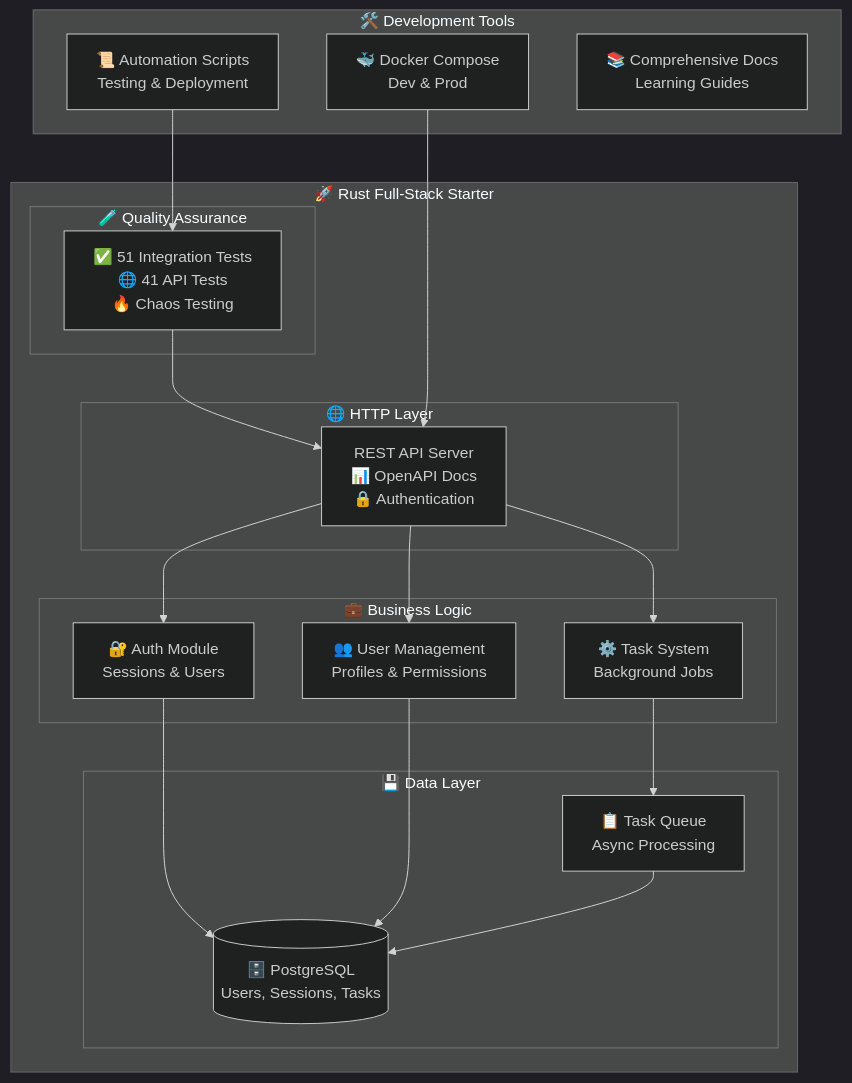
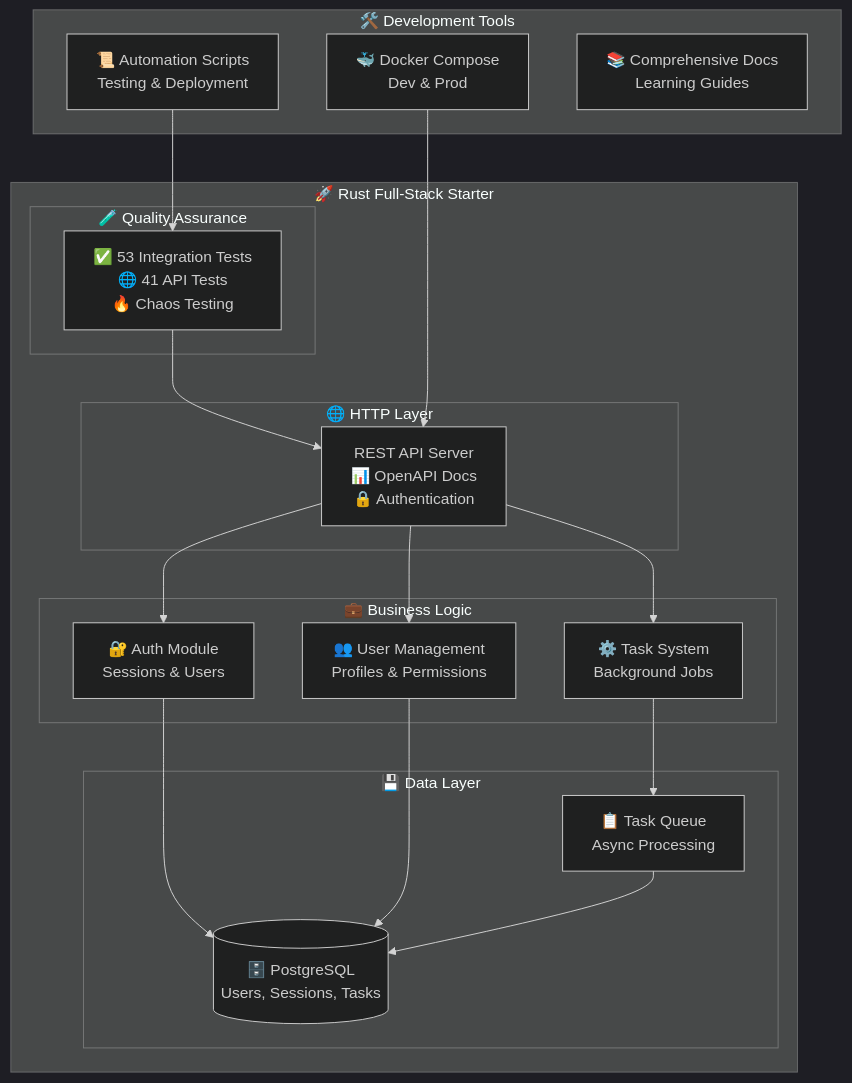
Before and after one commit to quanhua92/rust-fullstack-starter: the first of 2 diagrams in README.md, drawn with Mermaid (dark theme). The commit also changed other lines of this file and 9 other files, not shown here.

````diff
--- a/README.md
+++ b/README.md
@@ -53,41 +53,41 @@
 ```mermaid
 graph TB
     subgraph "🚀 Rust Full-Stack Starter"
         subgraph "🌐 HTTP Layer"
             API[REST API Server<br/>📊 OpenAPI Docs<br/>🔒 Authentication]
         end
         
         subgraph "💼 Business Logic"
             AUTH[🔐 Auth Module<br/>Sessions & Users]
             USERS[👥 User Management<br/>Profiles & Permissions]
             TASKS[⚙️ Task System<br/>Background Jobs]
         end
         
         subgraph "💾 Data Layer"
             DB[(🗄️ PostgreSQL<br/>Users, Sessions, Tasks)]
             QUEUE[📋 Task Queue<br/>Async Processing]
         end
         
         subgraph "🧪 Quality Assurance"
-            TESTS[✅ 51 Integration Tests<br/>🌐 41 API Tests<br/>🔥 Chaos Testing]
+            TESTS[✅ 53 Integration Tests<br/>🌐 41 API Tests<br/>🔥 Chaos Testing]
         end
     end
     
     subgraph "🛠️ Development Tools"
         DOCKER[🐳 Docker Compose<br/>Dev & Prod]
         SCRIPTS[📜 Automation Scripts<br/>Testing & Deployment]
         DOCS[📚 Comprehensive Docs<br/>Learning Guides]
     end
     
     API --> AUTH
     API --> USERS
     API --> TASKS
     AUTH --> DB
     USERS --> DB
     TASKS --> QUEUE
     QUEUE --> DB
     
     TESTS --> API
     DOCKER --> API
     SCRIPTS --> TESTS
 ```
````
